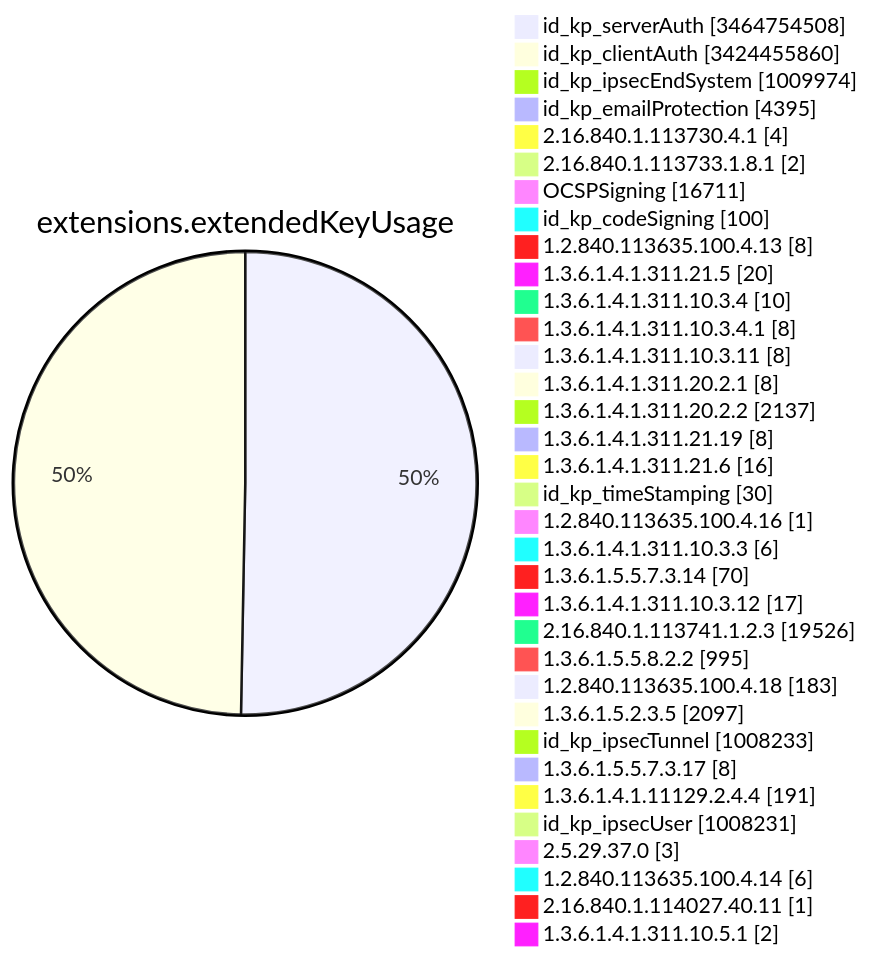
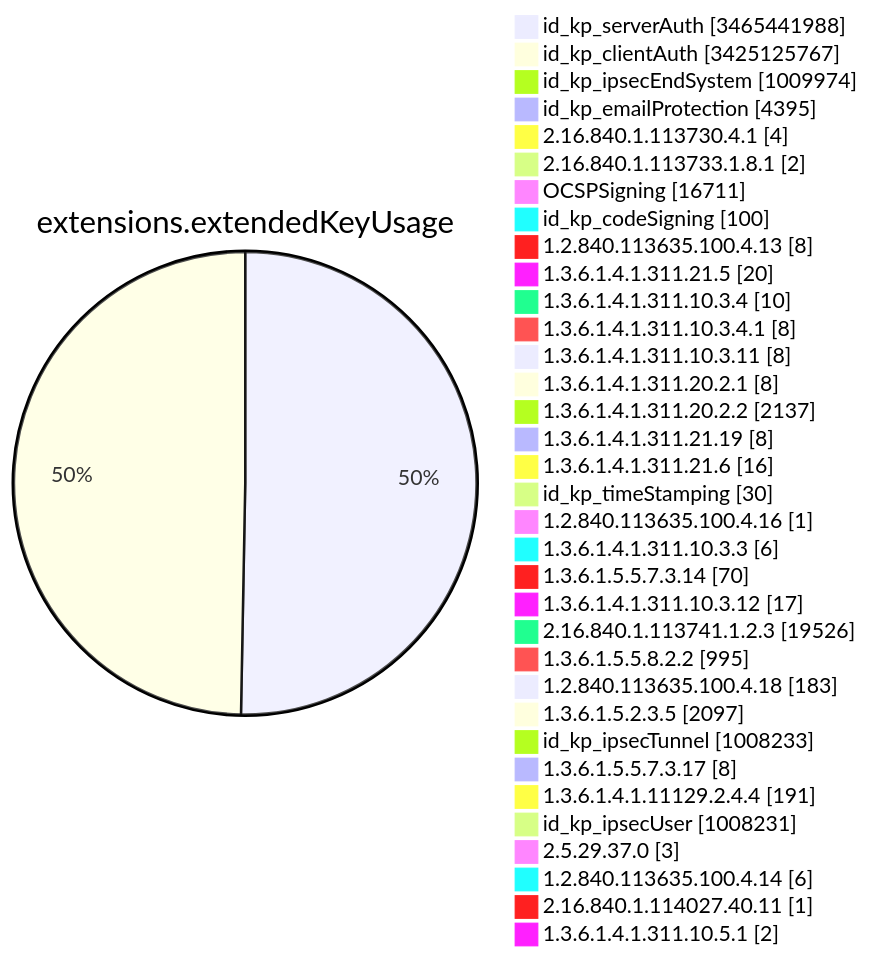
Diagram 11 of 15 in TOTAL/README.md (christiankrug/ctmonitor_visualization), drawn with Mermaid before and after one commit. The commit also changed other lines of this file, not shown here.

````diff
--- a/TOTAL/README.md
+++ b/TOTAL/README.md
@@ -4123,38 +4123,38 @@
 ```mermaid
 pie showData
 title extensions.extendedKeyUsage
-"id_kp_serverAuth" :3464754508
-"id_kp_clientAuth" :3424455860
+"id_kp_serverAuth" :3465441988
+"id_kp_clientAuth" :3425125767
 "id_kp_ipsecEndSystem" :1009974
 "id_kp_emailProtection" :4395
 "2.16.840.1.113730.4.1" :4
 "2.16.840.1.113733.1.8.1" :2
 "OCSPSigning" :16711
 "id_kp_codeSigning" :100
 "1.2.840.113635.100.4.13" :8
 "1.3.6.1.4.1.311.21.5" :20
 "1.3.6.1.4.1.311.10.3.4" :10
 "1.3.6.1.4.1.311.10.3.4.1" :8
 "1.3.6.1.4.1.311.10.3.11" :8
 "1.3.6.1.4.1.311.20.2.1" :8
 "1.3.6.1.4.1.311.20.2.2" :2137
 "1.3.6.1.4.1.311.21.19" :8
 "1.3.6.1.4.1.311.21.6" :16
 "id_kp_timeStamping" :30
 "1.2.840.113635.100.4.16" :1
 "1.3.6.1.4.1.311.10.3.3" :6
 "1.3.6.1.5.5.7.3.14" :70
 "1.3.6.1.4.1.311.10.3.12" :17
 "2.16.840.1.113741.1.2.3" :19526
 "1.3.6.1.5.5.8.2.2" :995
 "1.2.840.113635.100.4.18" :183
 "1.3.6.1.5.2.3.5" :2097
 "id_kp_ipsecTunnel" :1008233
 "1.3.6.1.5.5.7.3.17" :8
 "1.3.6.1.4.1.11129.2.4.4" :191
 "id_kp_ipsecUser" :1008231
 "2.5.29.37.0" :3
 "1.2.840.113635.100.4.14" :6
 "2.16.840.1.114027.40.11" :1
 "1.3.6.1.4.1.311.10.5.1" :2
 ```
````
